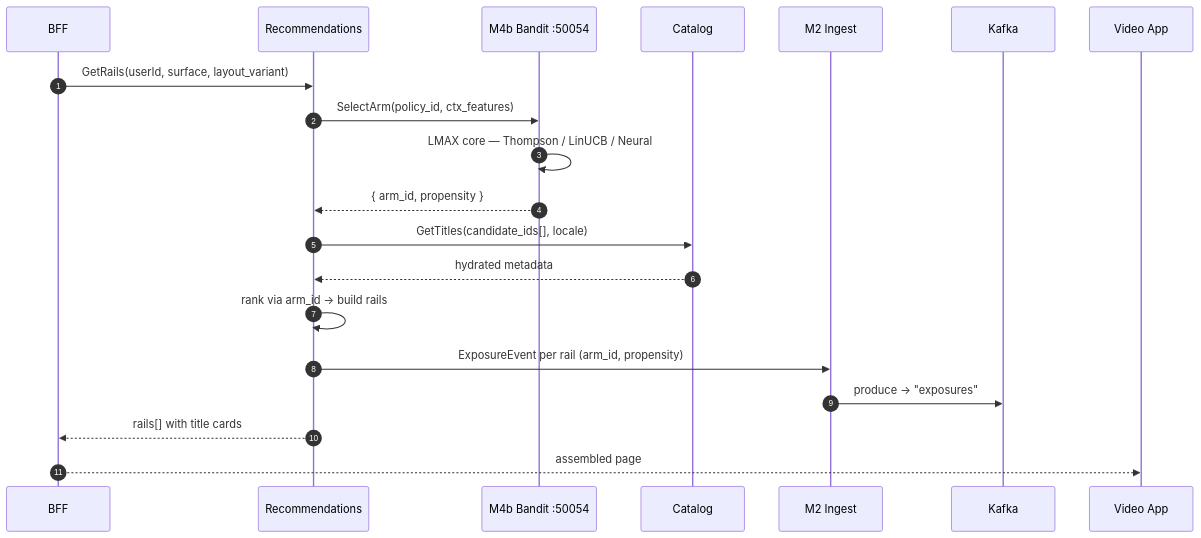
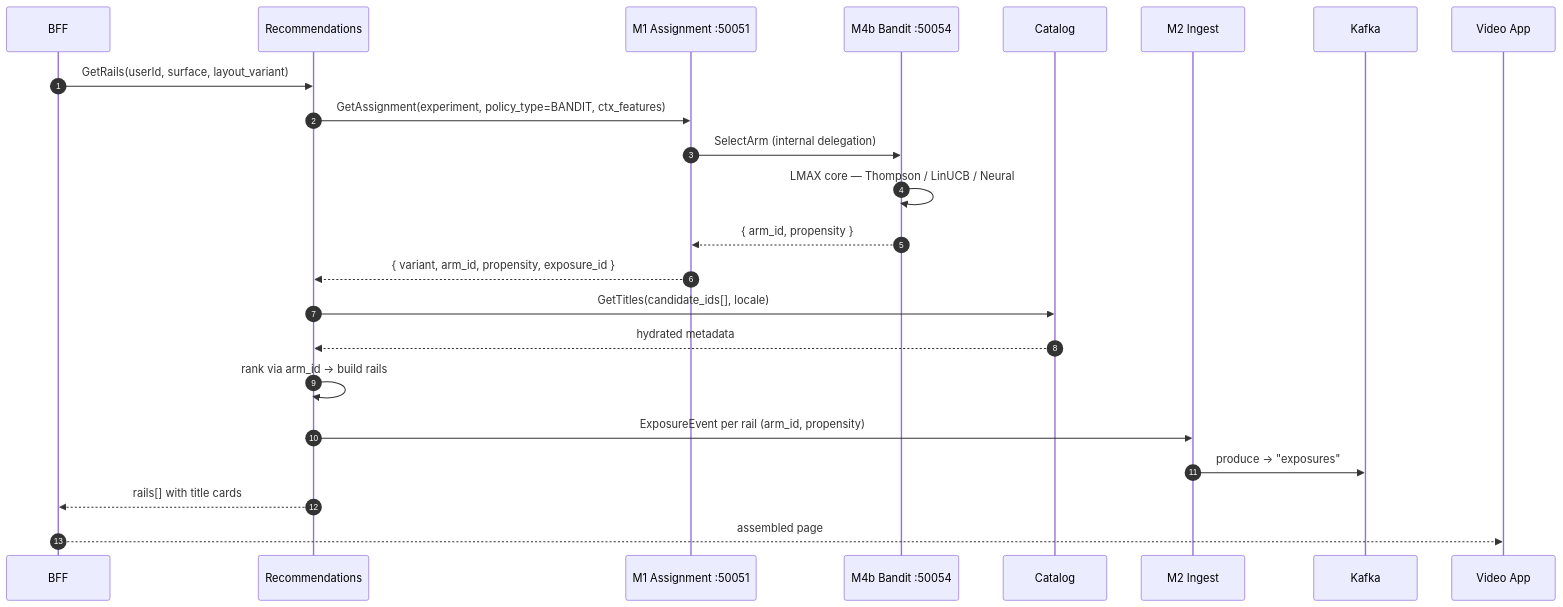
The second of 6 diagrams in docs/guides/streaming-video-sequence.md (wunderkennd/kaizen-experimentation), drawn with Mermaid before and after one commit. The commit also changed other lines of this file and 2 other files, not shown here.

````diff
--- a/docs/guides/streaming-video-sequence.md
+++ b/docs/guides/streaming-video-sequence.md
@@ -149,23 +149,26 @@
 ```mermaid
 sequenceDiagram
     autonumber
     participant BFF as BFF
     participant Recs as Recommendations
+    participant M1 as M1 Assignment :50051
     participant M4b as M4b Bandit :50054
     participant Cat as Catalog
     participant M2 as M2 Ingest
     participant K as Kafka
     participant App as Video App
 
     BFF->>Recs: GetRails(userId, surface, layout_variant)
-    Recs->>M4b: SelectArm(policy_id, ctx_features)
+    Recs->>M1: GetAssignment(experiment, policy_type=BANDIT, ctx_features)
+    M1->>M4b: SelectArm (internal delegation)
     M4b->>M4b: LMAX core — Thompson / LinUCB / Neural
-    M4b-->>Recs: { arm_id, propensity }
+    M4b-->>M1: { arm_id, propensity }
+    M1-->>Recs: { variant, arm_id, propensity, exposure_id }
     Recs->>Cat: GetTitles(candidate_ids[], locale)
     Cat-->>Recs: hydrated metadata
     Recs->>Recs: rank via arm_id → build rails
     Recs->>M2: ExposureEvent per rail (arm_id, propensity)
     M2->>K: produce → "exposures"
     Recs-->>BFF: rails[] with title cards
     BFF-->>App: assembled page
 ```
````
